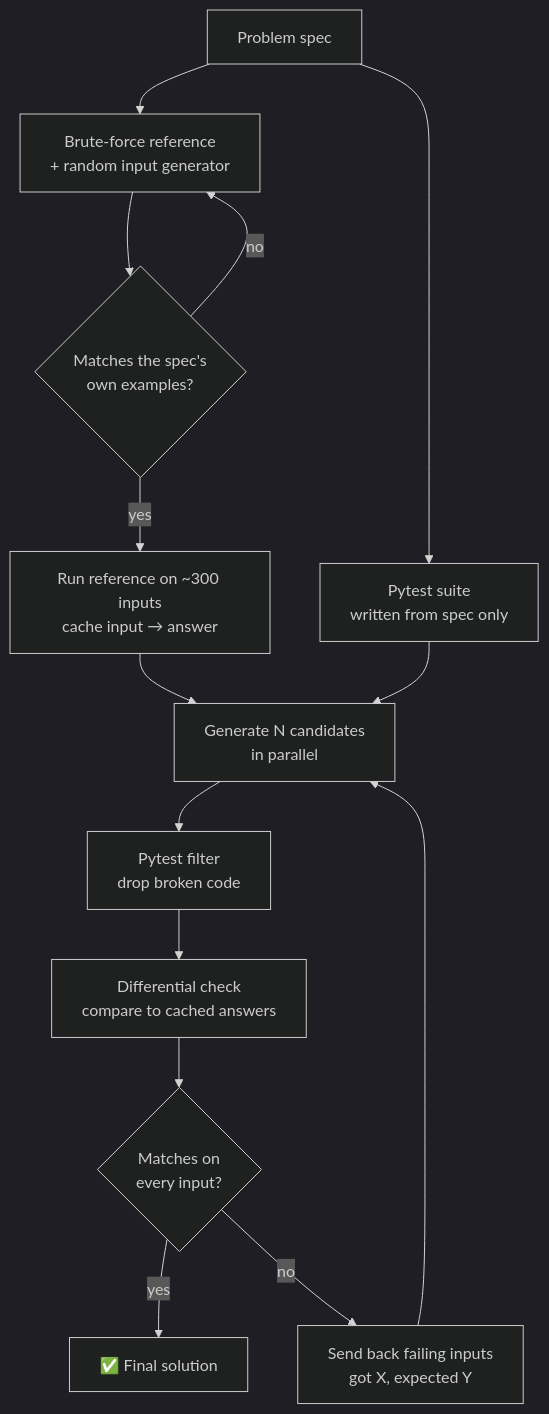
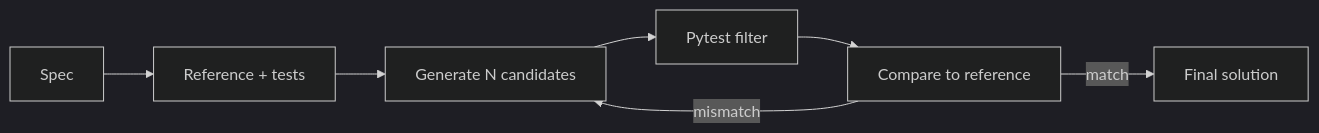
One commit to EthanK1234/Multi-Agent-Code-Generation-System changed the diagram in README.md. Above: the diagram before and after it, drawn with Mermaid (dark theme). The commit also changed other lines of this file, not shown here.

Commit message:
Revise flowchart and setup explanation in README
Updated flowchart and setup descriptions in README.md for clarity.

````diff
--- a/README.md
+++ b/README.md
@@ -23,17 +23,9 @@
 ```mermaid
-flowchart TD
-    A[Problem spec] --> B[Brute-force reference<br/>+ random input generator]
-    B --> C{Matches the spec's<br/>own examples?}
-    C -- no --> B
-    C -- yes --> D[Run reference on ~300 inputs<br/>cache input → answer]
-    A --> E[Pytest suite<br/>written from spec only]
-
-    D --> F[Generate N candidates<br/>in parallel]
-    E --> F
-    F --> G[Pytest filter<br/>drop broken code]
-    G --> H[Differential check<br/>compare to cached answers]
-    H --> I{Matches on<br/>every input?}
-    I -- yes --> J[✅ Final solution]
-    I -- no --> K[Send back failing inputs<br/>got X, expected Y]
-    K --> F
+flowchart LR
+    A[Spec] --> B[Reference + tests]
+    B --> C[Generate N candidates]
+    C --> D[Pytest filter]
+    D --> E[Compare to reference]
+    E -- match --> F[Final solution]
+    E -- mismatch --> C
 ```
````
